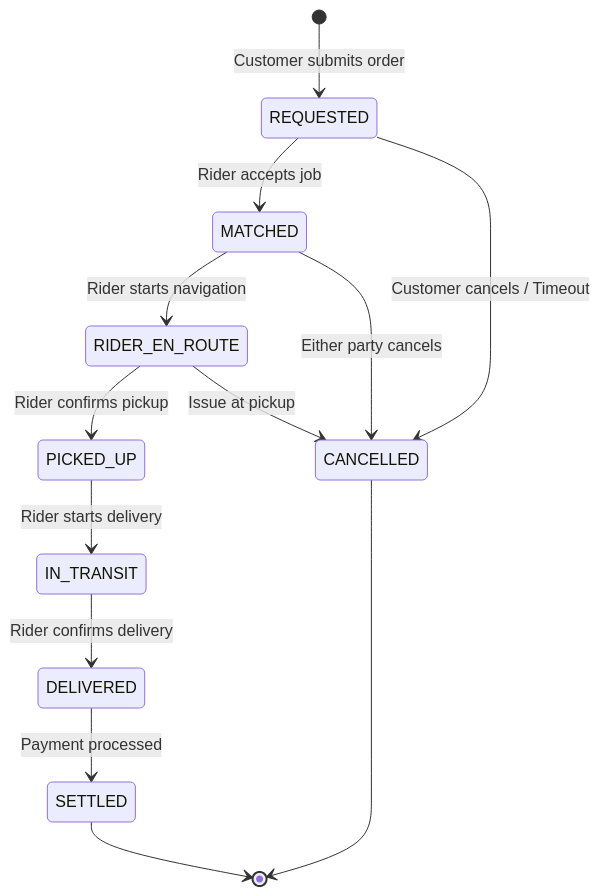
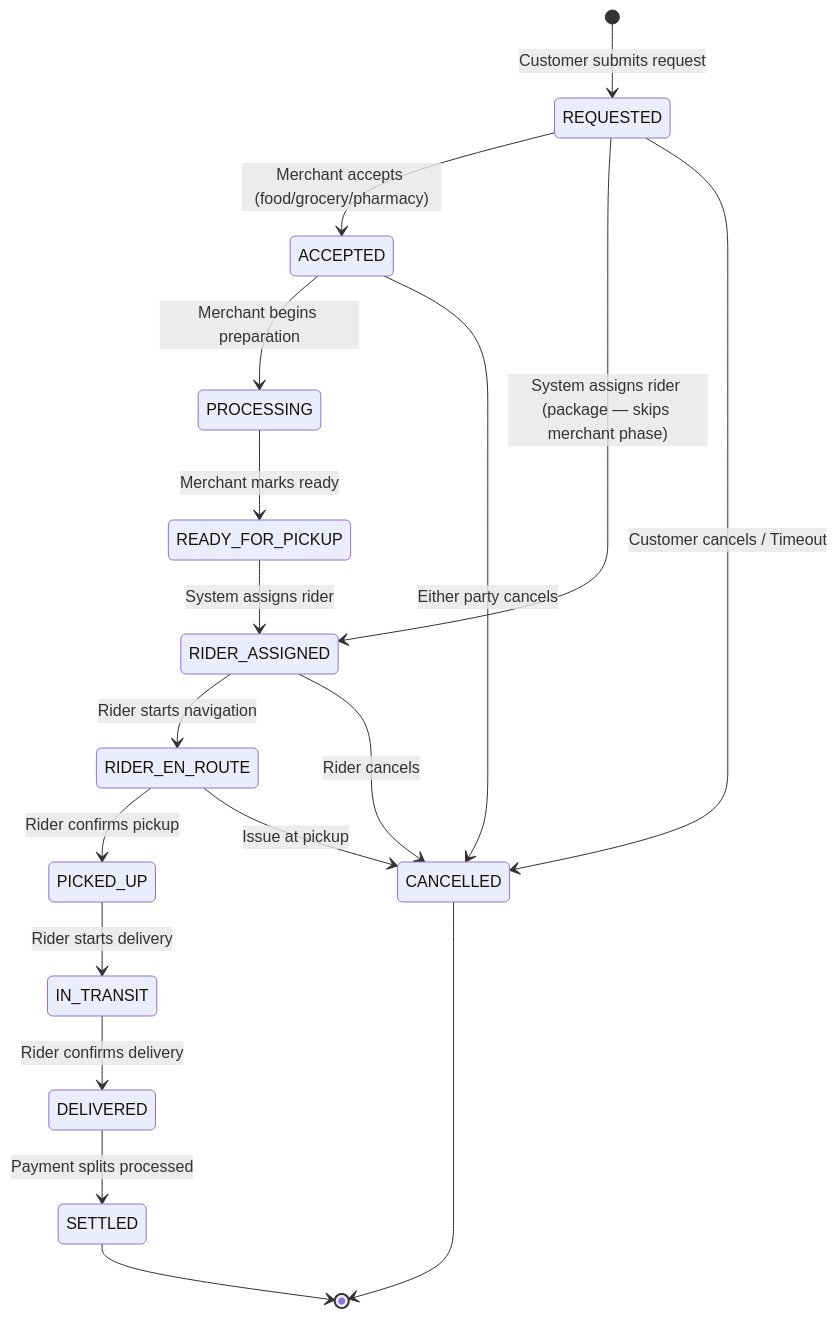
Before and after one commit to bishirtijjani/logistics: the third of 5 diagrams in docs/ARCHITECTURE.md, drawn with Mermaid. The commit also changed other lines of this file and 162 other files, not shown here.

````diff
--- a/docs/ARCHITECTURE.md
+++ b/docs/ARCHITECTURE.md
@@ -83,22 +92,30 @@
 ```mermaid
 stateDiagram
-    [*] --> REQUESTED: Customer submits order
+    [*] --> REQUESTED: Customer submits request
 
-    REQUESTED --> MATCHED: Rider accepts job
+    REQUESTED --> ACCEPTED: Merchant accepts (food/grocery/pharmacy)
+    REQUESTED --> RIDER_ASSIGNED: System assigns rider (package — skips merchant phase)
     REQUESTED --> CANCELLED: Customer cancels / Timeout
 
-    MATCHED --> RIDER_EN_ROUTE: Rider starts navigation
-    MATCHED --> CANCELLED: Either party cancels
+    ACCEPTED --> PROCESSING: Merchant begins preparation
+    ACCEPTED --> CANCELLED: Either party cancels
+
+    PROCESSING --> READY_FOR_PICKUP: Merchant marks ready
+
+    READY_FOR_PICKUP --> RIDER_ASSIGNED: System assigns rider
+
+    RIDER_ASSIGNED --> RIDER_EN_ROUTE: Rider starts navigation
+    RIDER_ASSIGNED --> CANCELLED: Rider cancels
 
     RIDER_EN_ROUTE --> PICKED_UP: Rider confirms pickup
     RIDER_EN_ROUTE --> CANCELLED: Issue at pickup
 
     PICKED_UP --> IN_TRANSIT: Rider starts delivery
 
     IN_TRANSIT --> DELIVERED: Rider confirms delivery
 
-    DELIVERED --> SETTLED: Payment processed
+    DELIVERED --> SETTLED: Payment splits processed
 
     SETTLED --> [*]
     CANCELLED --> [*]
 ```
````
